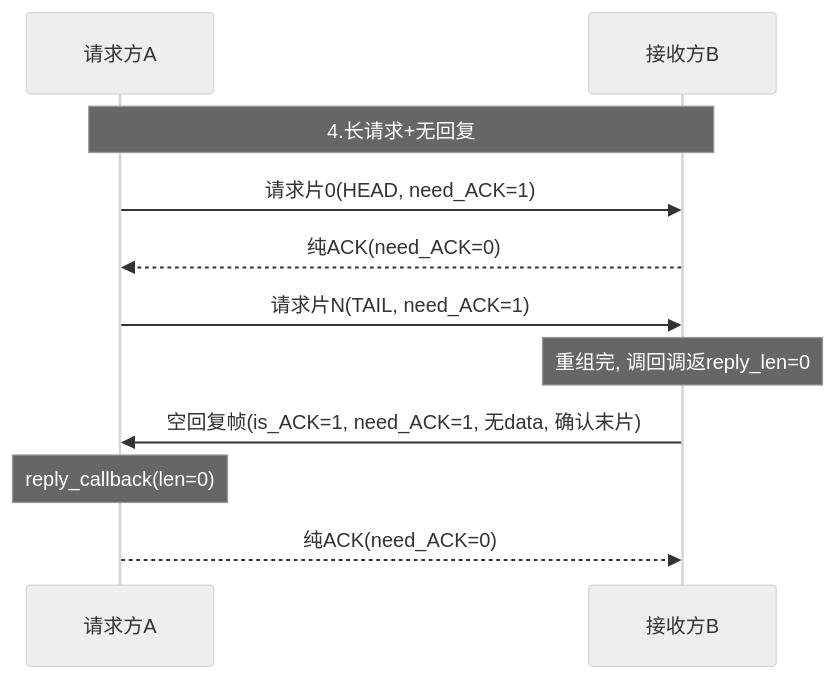
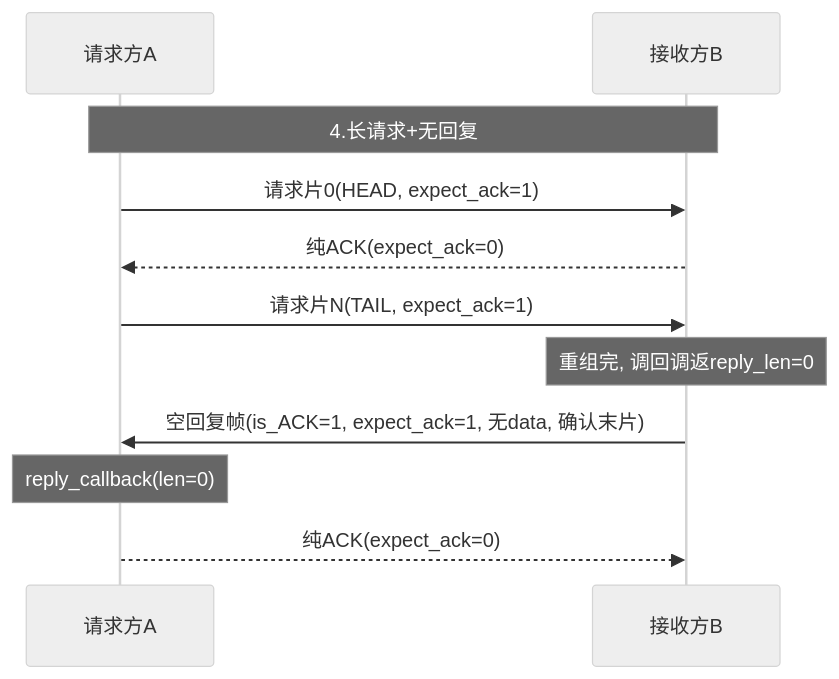
One commit to Siaiai/ObsidianNote changed the fourth of 14 diagrams in 工作/项目/代码/260401S3分拣面板-SIA-R9000P.md. Above: the diagram before and after it, drawn with Mermaid (neutral theme). The commit also changed other lines of this file and 1 other file, not shown here.

````diff
--- a/工作/项目/代码/260401S3分拣面板-SIA-R9000P.md
+++ b/工作/项目/代码/260401S3分拣面板-SIA-R9000P.md
@@ -124,13 +127,13 @@
 ```mermaid
 sequenceDiagram
     participant A as 请求方A
     participant B as 接收方B
     Note over A,B: 4.长请求+无回复
-    A->>B: 请求片0(HEAD, need_ACK=1)
-    B-->>A: 纯ACK(need_ACK=0)
-    A->>B: 请求片N(TAIL, need_ACK=1)
+    A->>B: 请求片0(HEAD, expect_ack=1)
+    B-->>A: 纯ACK(expect_ack=0)
+    A->>B: 请求片N(TAIL, expect_ack=1)
     Note over B: 重组完, 调回调返reply_len=0
-    B->>A: 空回复帧(is_ACK=1, need_ACK=1, 无data, 确认末片)
+    B->>A: 空回复帧(is_ACK=1, expect_ack=1, 无data, 确认末片)
     Note over A: reply_callback(len=0)
-    A-->>B: 纯ACK(need_ACK=0)
+    A-->>B: 纯ACK(expect_ack=0)
 ```
````
